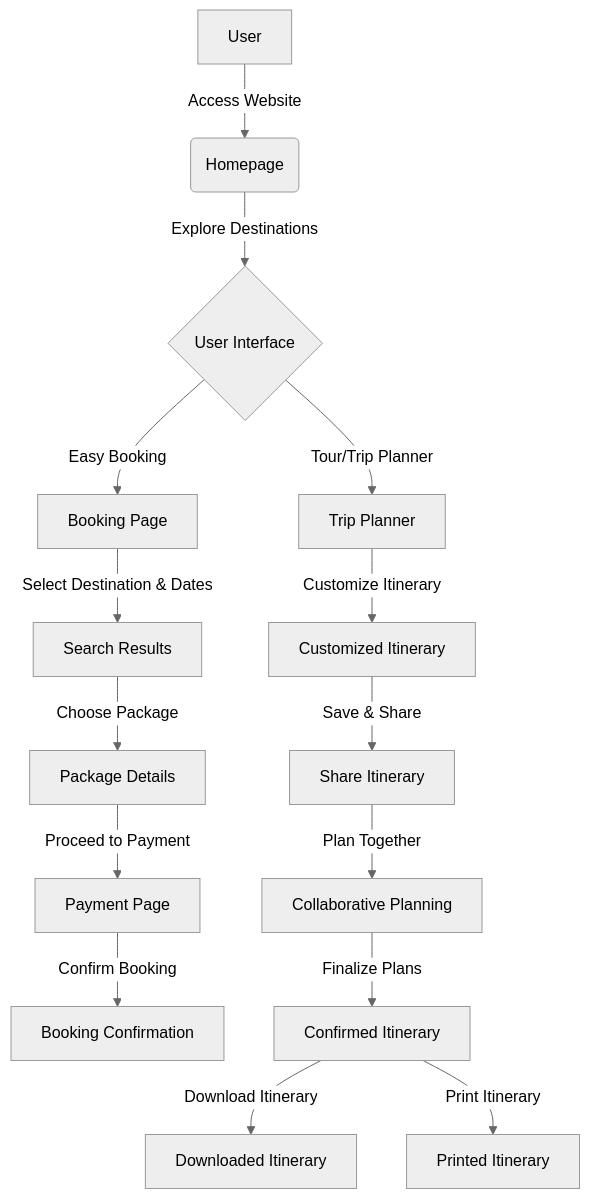
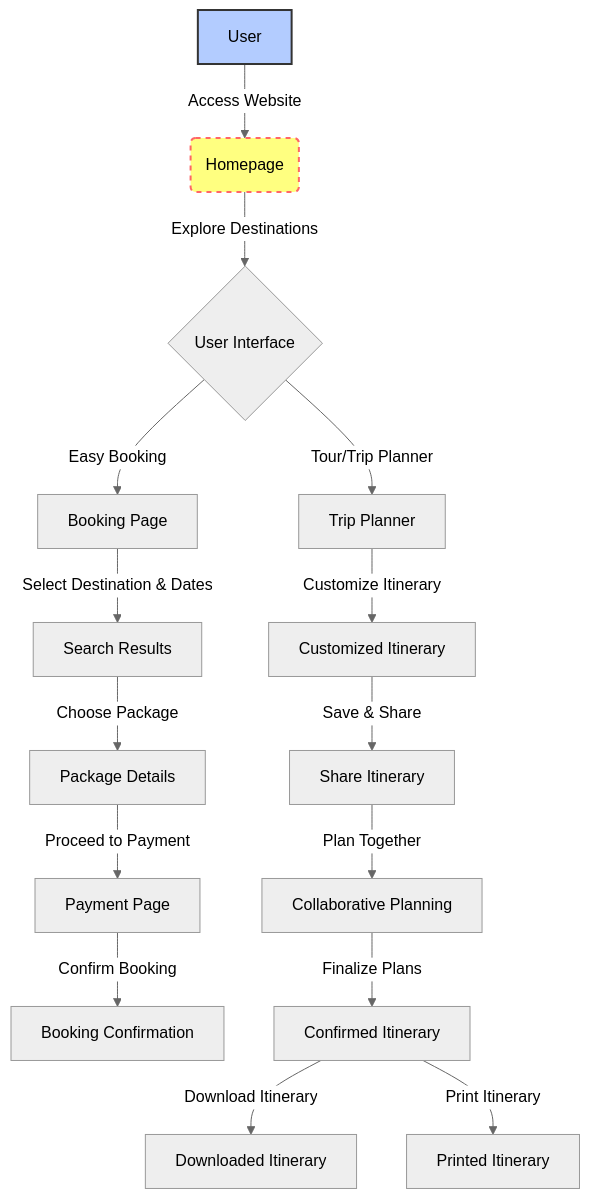
One commit to Ranjan12R/Travel-and-Tourism changed the diagram in README.md. Above: the diagram before and after it, drawn with Mermaid (neutral theme).

Commit message:
README.md

````diff
--- a/README.md
+++ b/README.md
@@ -7,17 +7,20 @@
 ```mermaid
 graph TD;
+    style A fill:#b3ccff,stroke:#333,stroke-width:2px;
+    style B fill:#ffff80,stroke:#ff6666,stroke-width:2px,stroke-dasharray: 5, 5;
     A[User] -->|Access Website| B(Homepage);
     B -->|Explore Destinations| C{User Interface};
     C -->|Easy Booking| D[Booking Page];
     C -->|Tour/Trip Planner| E[Trip Planner];
     D -->|Select Destination & Dates| F[Search Results];
     F -->|Choose Package| G[Package Details];
     G -->|Proceed to Payment| H[Payment Page];
     H -->|Confirm Booking| I[Booking Confirmation];
     E -->|Customize Itinerary| J[Customized Itinerary];
     J -->|Save & Share| K[Share Itinerary];
     K -->|Plan Together| L[Collaborative Planning];
     L -->|Finalize Plans| M[Confirmed Itinerary];
     M -->|Download Itinerary| N[Downloaded Itinerary];
     M -->|Print Itinerary| O[Printed Itinerary];
+
 ```
````
